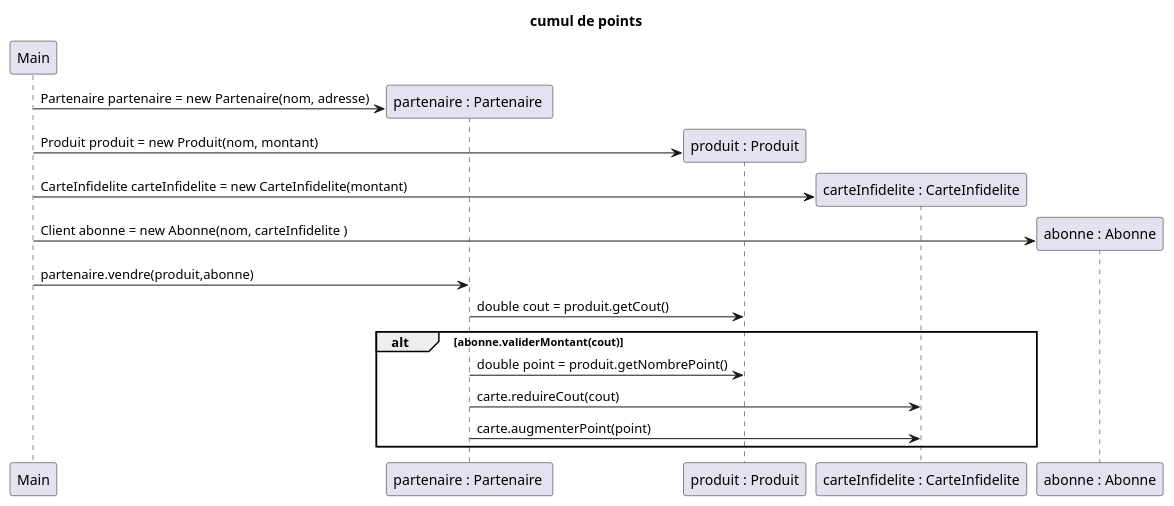
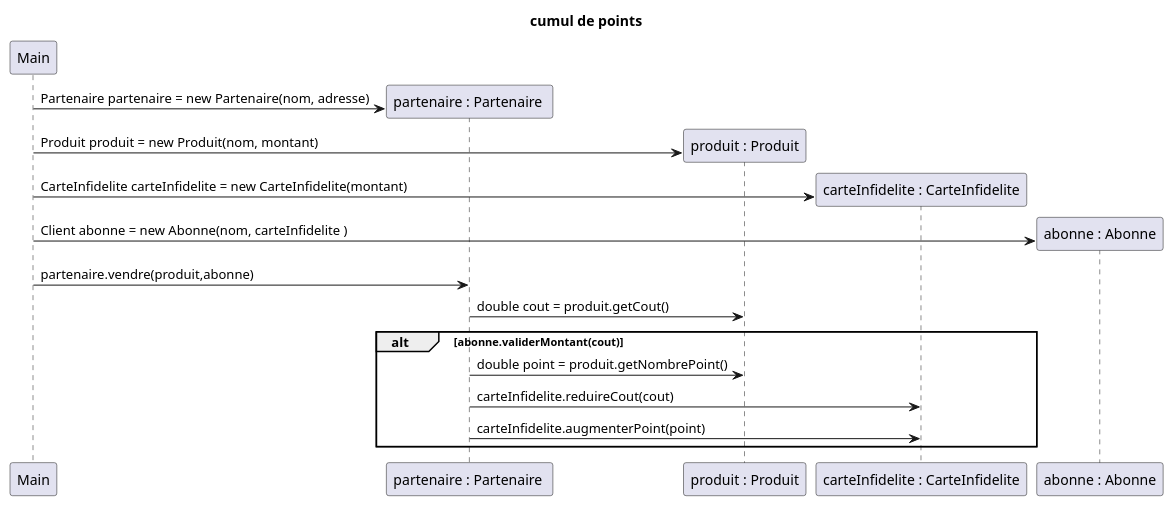
Before and after one commit to ZeroAbsolue/infidelite: the first of 5 diagrams in Sequence.puml, drawn with PlantUML.

Commit message:
Mise a diagrame

```diff
--- a/Sequence.puml
+++ b/Sequence.puml
@@ -1,19 +1,19 @@
 @startuml
 title cumul de points
 participant Main
 participant "partenaire : Partenaire " as Partenaire
 participant "produit : Produit" as Produit
 participant "carteInfidelite : CarteInfidelite" as Carte
 participant  "abonne : Abonne" as Abonne
 Main -> Partenaire ** : Partenaire partenaire = new Partenaire(nom, adresse)
 Main -> Produit ** : Produit produit = new Produit(nom, montant)
 Main -> Carte ** : CarteInfidelite carteInfidelite = new CarteInfidelite(montant)
 Main -> Abonne ** : Client abonne = new Abonne(nom, carteInfidelite )
 Main->Partenaire  : partenaire.vendre(produit,abonne)
 Partenaire->Produit : double cout = produit.getCout()
 alt abonne.validerMontant(cout)
     Partenaire->Produit : double point = produit.getNombrePoint()
-    Partenaire->Carte : carte.reduireCout(cout)
-    Partenaire->Carte : carte.augmenterPoint(point)
+    Partenaire->Carte : carteInfidelite.reduireCout(cout)
+    Partenaire->Carte : carteInfidelite.augmenterPoint(point)
 end
 @enduml
```
